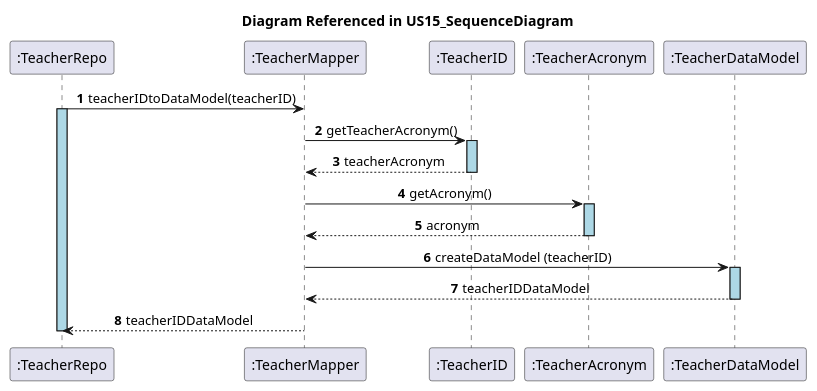
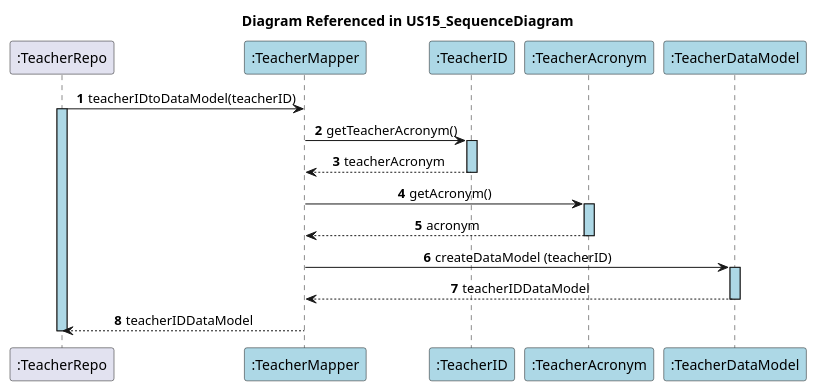
The diagram in docs/US15/UpdateTeacherWorkingPercentage_SpringData/SequenceDiagramRef_TeacherIDDataModel1.puml (GasparISEP/DevOps-PAI), drawn with PlantUML before and after one commit. The commit also changed 5 other files, not shown here.

Commit message:
Update the sequence diagrams for the TeacherCareerProgression aggregate. Refs #268

```diff
--- a/docs/US15/UpdateTeacherWorkingPercentage_SpringData/SequenceDiagramRef_TeacherIDDataModel1.puml
+++ b/docs/US15/UpdateTeacherWorkingPercentage_SpringData/SequenceDiagramRef_TeacherIDDataModel1.puml
@@ -1,31 +1,31 @@
 @startuml
 autonumber
 skinparam sequenceMessageAlign center
 skinparam sequenceLifeLineBackgroundColor lightblue
 title Diagram Referenced in US15_SequenceDiagram
 
 participant ":TeacherRepo" as TRepo
-participant ":TeacherMapper" as TMapper
-participant ":TeacherID" as TID
-participant ":TeacherAcronym" as TAVO
-participant ":TeacherDataModel" as TDM
+participant ":TeacherMapper" as TMapper #lightblue
+participant ":TeacherID" as TID #lightblue
+participant ":TeacherAcronym" as TAVO #lightblue
+participant ":TeacherDataModel" as TDM #lightblue
 
 TRepo -> TMapper : teacherIDtoDataModel(teacherID)
 activate TRepo
 TMapper -> TID : getTeacherAcronym()
 activate TID
 TID --> TMapper : teacherAcronym
 deactivate TID
 TMapper -> TAVO : getAcronym()
 activate TAVO
 TAVO --> TMapper :acronym
 deactivate TAVO
 TMapper ->TDM : createDataModel (teacherID)
 activate TDM
 
 
 TDM --> TMapper : teacherIDDataModel
 deactivate TDM
 TMapper --> TRepo :teacherIDDataModel
 deactivate TRepo
 @enduml
```
